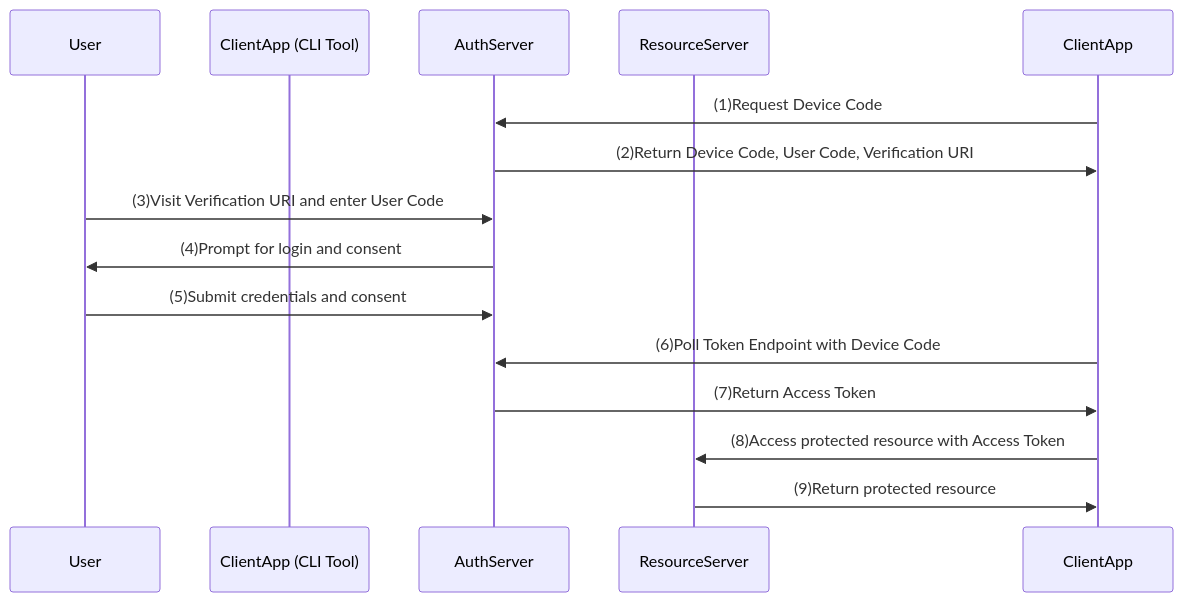
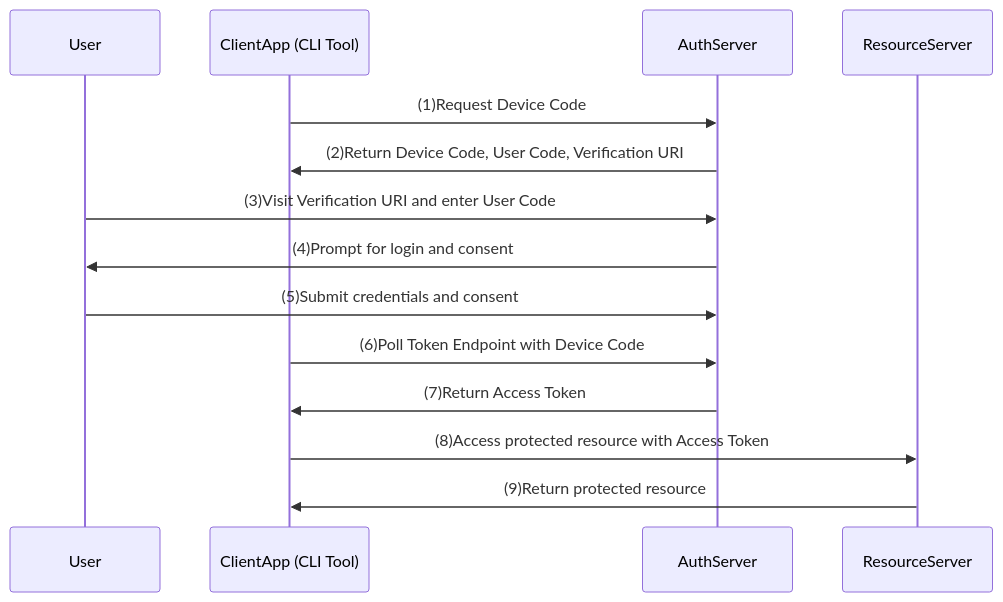
One commit to challamani/oauth2-playbook changed the diagram in device-code-flow/README.md. Above: the diagram before and after it, drawn with Mermaid.

Commit message:
readme update with sequence diagram

````diff
--- a/device-code-flow/README.md
+++ b/device-code-flow/README.md
@@ -9,16 +9,16 @@
 ```mermaid
 sequenceDiagram
     participant User
     participant ClientApp (CLI Tool)
     participant AuthServer
     participant ResourceServer
-    ClientApp->>AuthServer: (1)Request Device Code
-    AuthServer->>ClientApp: (2)Return Device Code, User Code, Verification URI
+    ClientApp (CLI Tool)->>AuthServer: (1)Request Device Code
+    AuthServer->>ClientApp (CLI Tool): (2)Return Device Code, User Code, Verification URI
     User->>AuthServer: (3)Visit Verification URI and enter User Code
     AuthServer->>User: (4)Prompt for login and consent
     User->>AuthServer: (5)Submit credentials and consent
-    ClientApp->>AuthServer: (6)Poll Token Endpoint with Device Code
-    AuthServer->>ClientApp: (7)Return Access Token
-    ClientApp->>ResourceServer: (8)Access protected resource with Access Token
-    ResourceServer->>ClientApp: (9)Return protected resource
+    ClientApp (CLI Tool)->>AuthServer: (6)Poll Token Endpoint with Device Code
+    AuthServer->>ClientApp (CLI Tool): (7)Return Access Token
+    ClientApp (CLI Tool)->>ResourceServer: (8)Access protected resource with Access Token
+    ResourceServer->>ClientApp (CLI Tool): (9)Return protected resource
 ```
````
